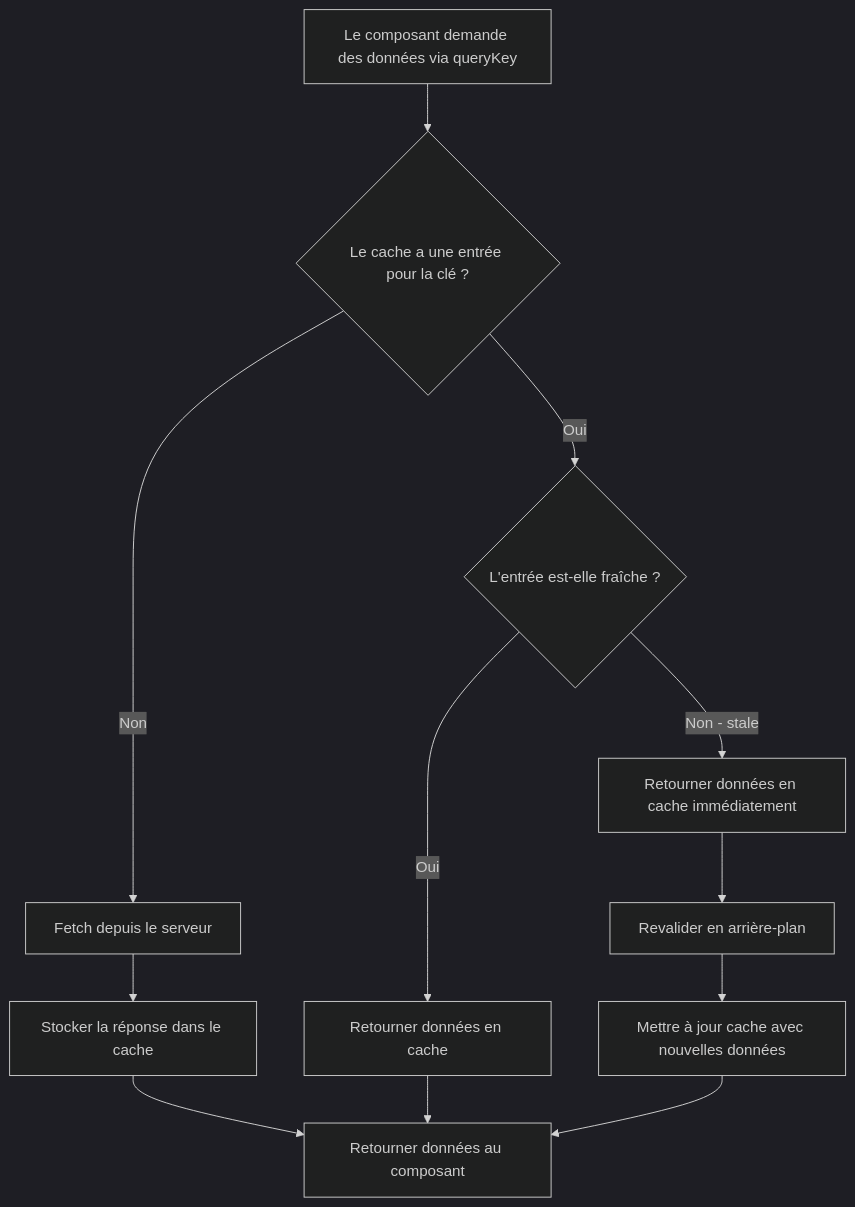
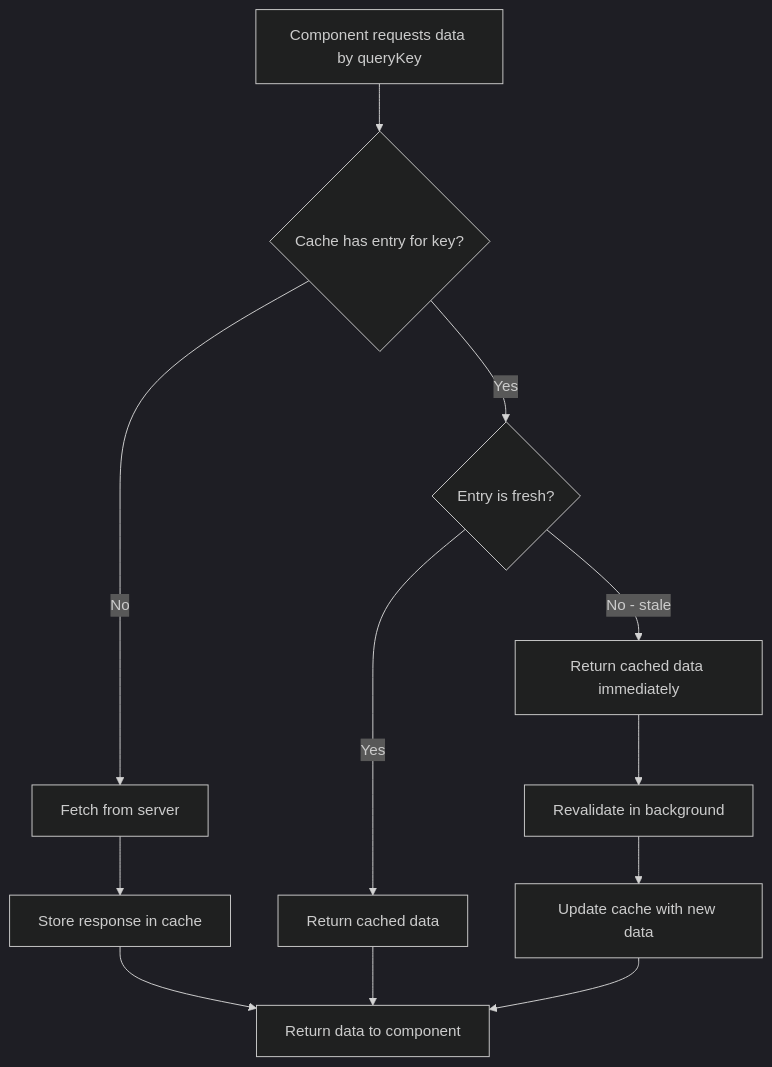
Before and after one commit to BabaScience/react-guides: the fourth of 6 diagrams in arguments/chapters/fr/07-data-fetching.md, drawn with Mermaid (dark theme). The commit also changed other lines of this file and 29 other files, not shown here.

First line of the commit message:
Bring React FR/IT translations to full English parity + theme-safe diagrams

````diff
--- a/arguments/chapters/fr/07-data-fetching.md
+++ b/arguments/chapters/fr/07-data-fetching.md
@@ -274,14 +1450,14 @@
 ```mermaid
 flowchart TD
-    A["Le composant demande des données via queryKey"] --> B{"Le cache a une entrée pour la clé ?"}
-    B -->|Non| C["Fetch depuis le serveur"]
-    B -->|Oui| D{"L'entrée est-elle fraîche ?"}
-    D -->|Oui| E["Retourner données en cache"]
-    D -->|Non - stale| F["Retourner données en cache immédiatement"]
-    F --> G["Revalider en arrière-plan"]
-    G --> H["Mettre à jour cache avec nouvelles données"]
-    C --> I["Stocker la réponse dans le cache"]
-    I --> J["Retourner données au composant"]
+    A["Component requests data by queryKey"] --> B{"Cache has entry for key?"}
+    B -->|No| C["Fetch from server"]
+    B -->|Yes| D{"Entry is fresh?"}
+    D -->|Yes| E["Return cached data"]
+    D -->|No - stale| F["Return cached data immediately"]
+    F --> G["Revalidate in background"]
+    G --> H["Update cache with new data"]
+    C --> I["Store response in cache"]
+    I --> J["Return data to component"]
     E --> J
     H --> J
 ```
````
